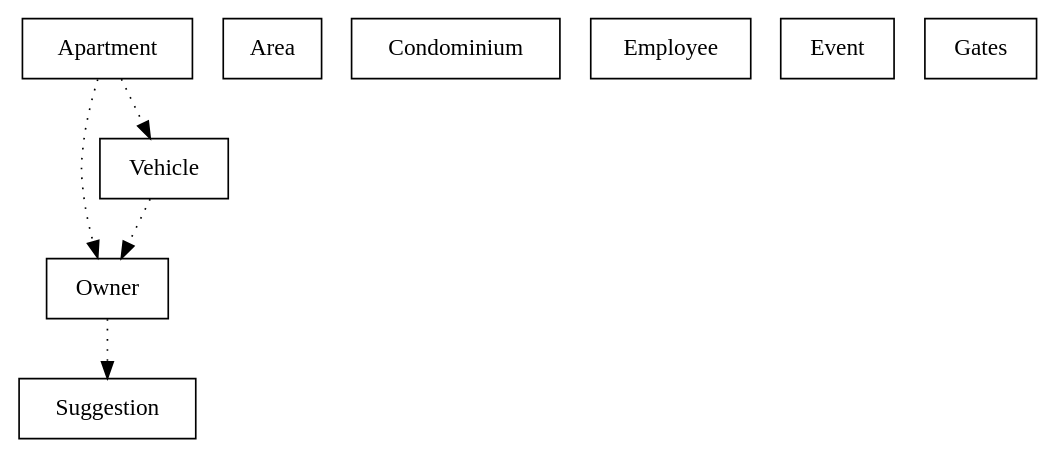
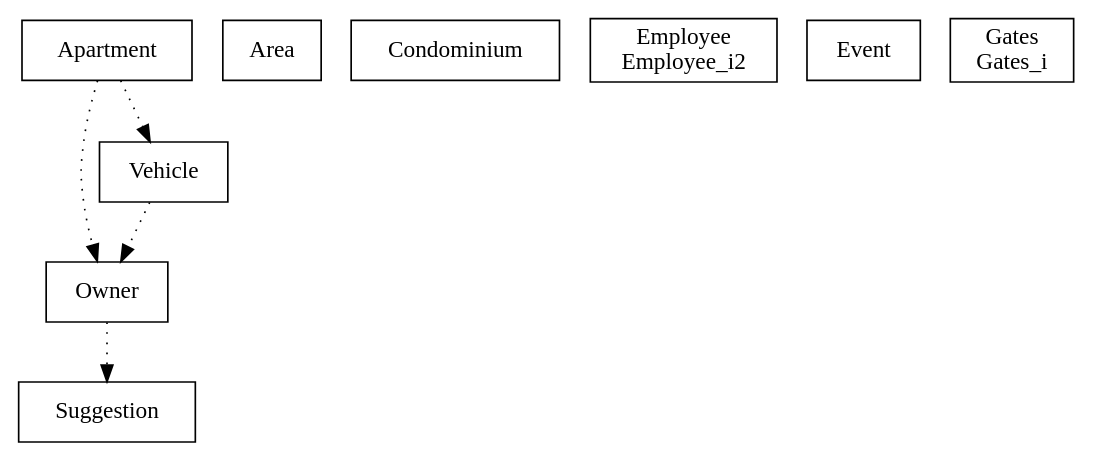
One commit to pablobedoya/condo changed the diagram in bdp/condominio.dot. Above: the diagram before and after it, drawn with Graphviz. The commit also changed 34 other files, not shown here.

```diff
--- a/bdp/condominio.dot
+++ b/bdp/condominio.dot
@@ -1,16 +1,16 @@
 digraph {
 Apartment [ label=" Apartment " shape= box ]
 Area [ label=" Area " shape= box ]
 Condominium [ label=" Condominium " shape= box ]
-Employee [ label=" Employee " shape= box ]
+Employee_i2 [ label=" Employee\nEmployee_i2 " shape= box ]
 Event [ label=" Event " shape= box ]
-Gates [ label=" Gates " shape= box ]
+Gates_i [ label=" Gates\nGates_i " shape= box ]
 Owner [ label=" Owner " shape= box ]
 Suggestion [ label=" Suggestion " shape= box ]
 Vehicle [ label=" Vehicle " shape= box ]
 
 "Apartment" -> "Owner" [style= dotted ]
 "Apartment" -> "Vehicle" [style= dotted ]
 "Owner" -> "Suggestion" [style= dotted ]
 "Vehicle" -> "Owner" [style= dotted ]
 }
```
